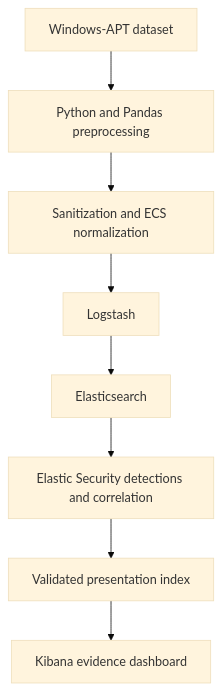
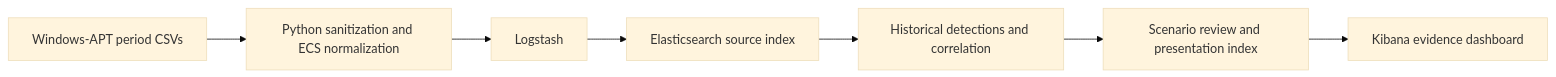
One commit to Koon-Kiat/ATTACK-Correlator changed the diagram in README.md. Above: the diagram before and after it, drawn with Mermaid (base theme). The commit also changed other lines of this file and 23 other files, not shown here.

````diff
--- a/README.md
+++ b/README.md
@@ -49,10 +32,9 @@
 ```mermaid
-flowchart TD
-    A[Windows-APT dataset] --> B[Python and Pandas preprocessing]
-    B --> C[Sanitization and ECS normalization]
-    C --> D[Logstash]
-    D --> E[Elasticsearch]
-    E --> F[Elastic Security detections and correlation]
-    F --> P[Validated presentation index]
-    P --> G[Kibana evidence dashboard]
+flowchart LR
+    A[Windows-APT period CSVs] --> B[Python sanitization and ECS normalization]
+    B --> C[Logstash]
+    C --> D[Elasticsearch source index]
+    D --> E[Historical detections and correlation]
+    E --> F[Scenario review and presentation index]
+    F --> G[Kibana evidence dashboard]
 ```
````
